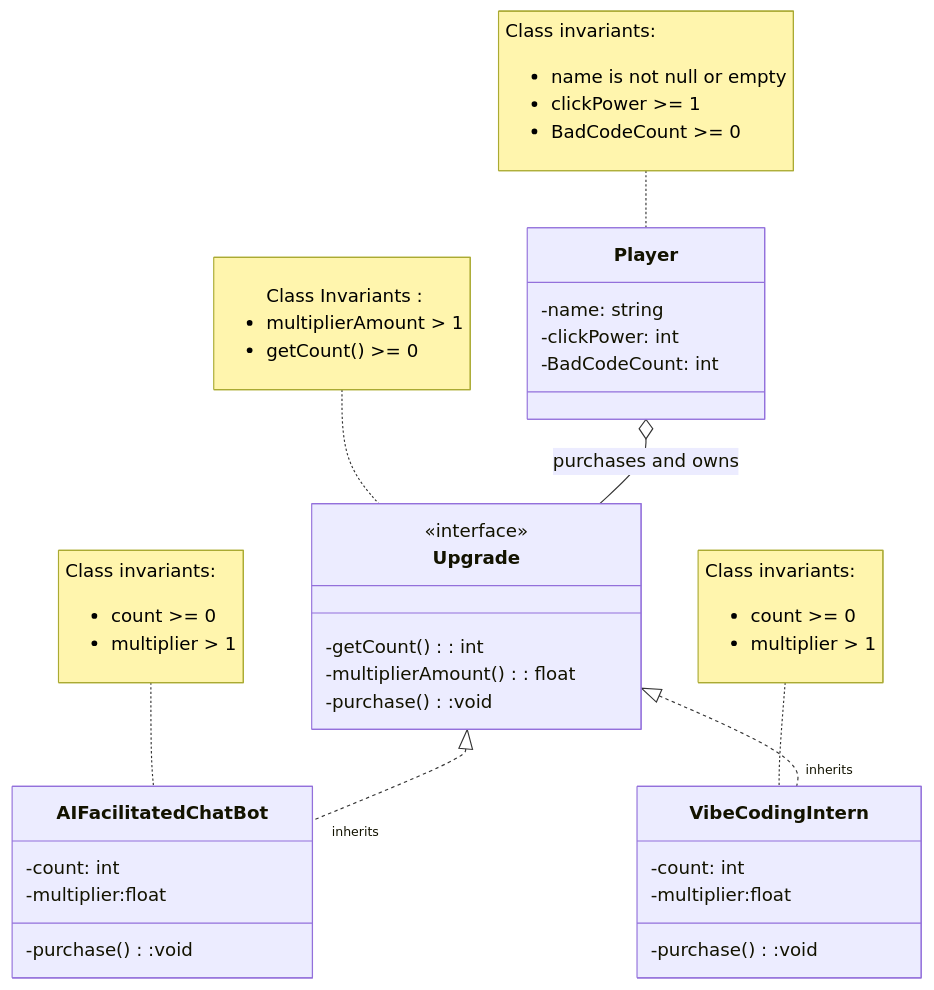
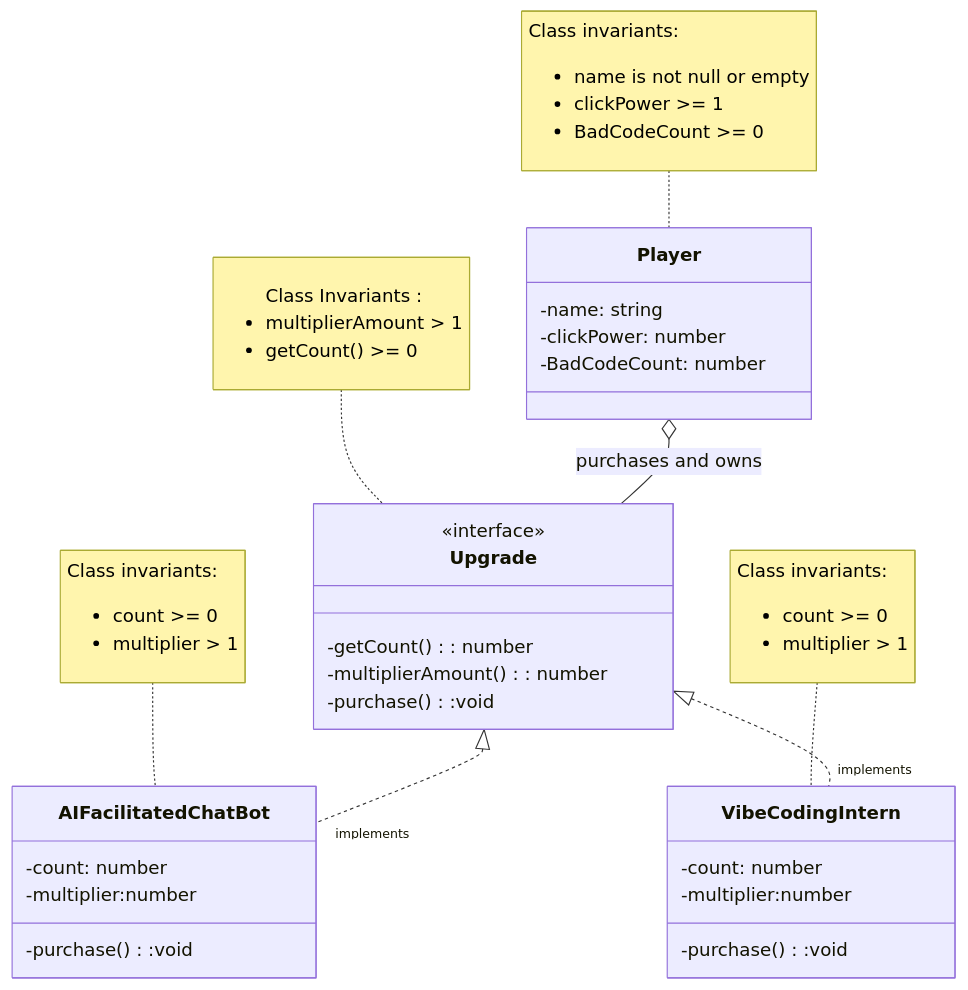
One commit to MoulikB/2452-project changed the diagram in domain.md. Above: the diagram before and after it, drawn with Mermaid. The commit also changed 1 other file, not shown here.

Commit message:
Final touches

````diff
--- a/domain.md
+++ b/domain.md
@@ -11,60 +11,60 @@
 ```mermaid
 classDiagram
 class Player {
     -name: string
-    -clickPower: int
-    -BadCodeCount: int
+    -clickPower: number
+    -BadCodeCount: number
 }
 
 note for Player "Class invariants:
 <ul>
 <li>name is not null or empty</li>
 <li>clickPower >= 1</li>
 <li>BadCodeCount >= 0</li>
 </ul>
 "
 
 class Upgrade {
     <<interface>>
-    -getCount(): int
-    -multiplierAmount(): float
+    -getCount(): number
+    -multiplierAmount(): number
     -purchase():void
 }
 
 note for Upgrade "
 <ul> Class Invariants :
 <li>multiplierAmount > 1</li>
 <li>getCount() >= 0</li>
 </ul>
 "
 
 class VibeCodingIntern {
-    -count: int
-    -multiplier:float
+    -count: number
+    -multiplier:number
     -purchase():void
 }
 
 note for VibeCodingIntern "Class invariants:
 <ul>
 <li> count >= 0 </li>
 <li> multiplier > 1 </li>
 </ul>"
 
 class AIFacilitatedChatBot {
-    -count: int
-    -multiplier:float
+    -count: number
+    -multiplier:number
     -purchase():void
 }
 
 note for AIFacilitatedChatBot "Class invariants:
 <ul>
 <li>count >= 0</li>
 <li>multiplier > 1</li>
 </ul>"
 
-Upgrade <|.. "inherits" AIFacilitatedChatBot
-Upgrade <|.. "inherits" VibeCodingIntern
+Upgrade <|.. "implements" AIFacilitatedChatBot
+Upgrade <|.. "implements" VibeCodingIntern
 
 
 Player o-- Upgrade : purchases and owns
 ```
````
